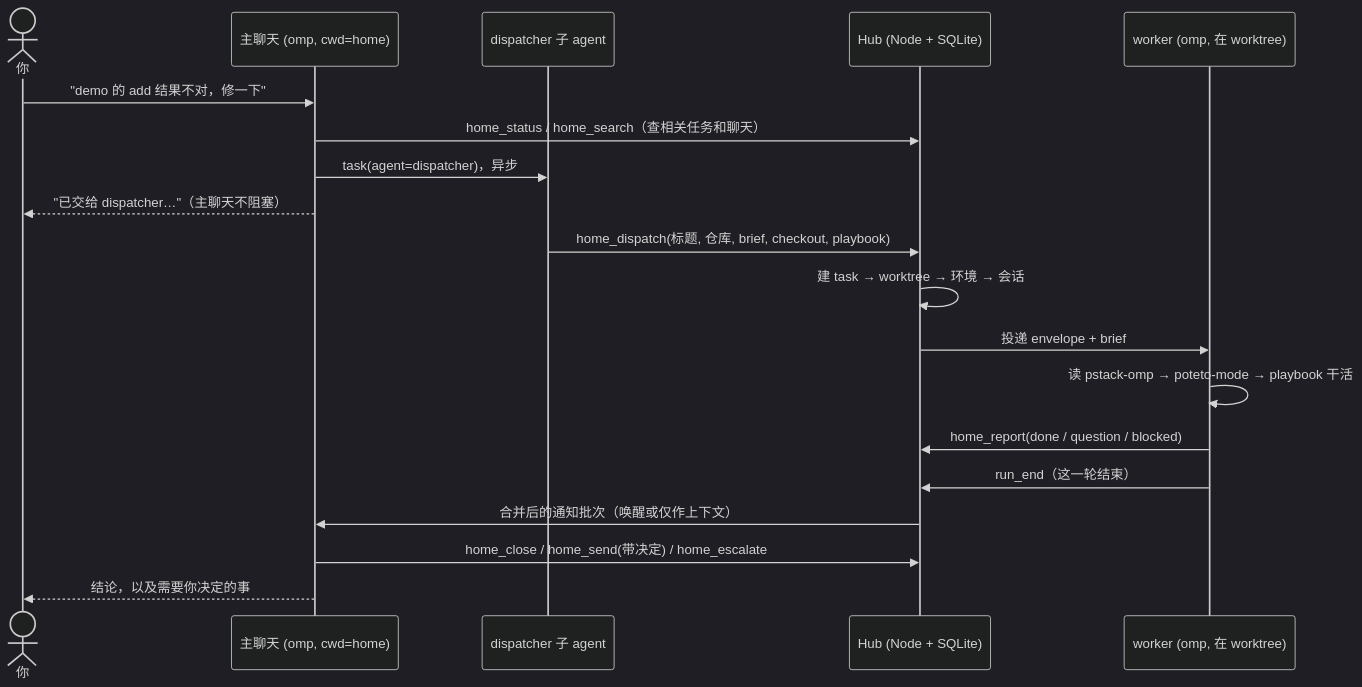
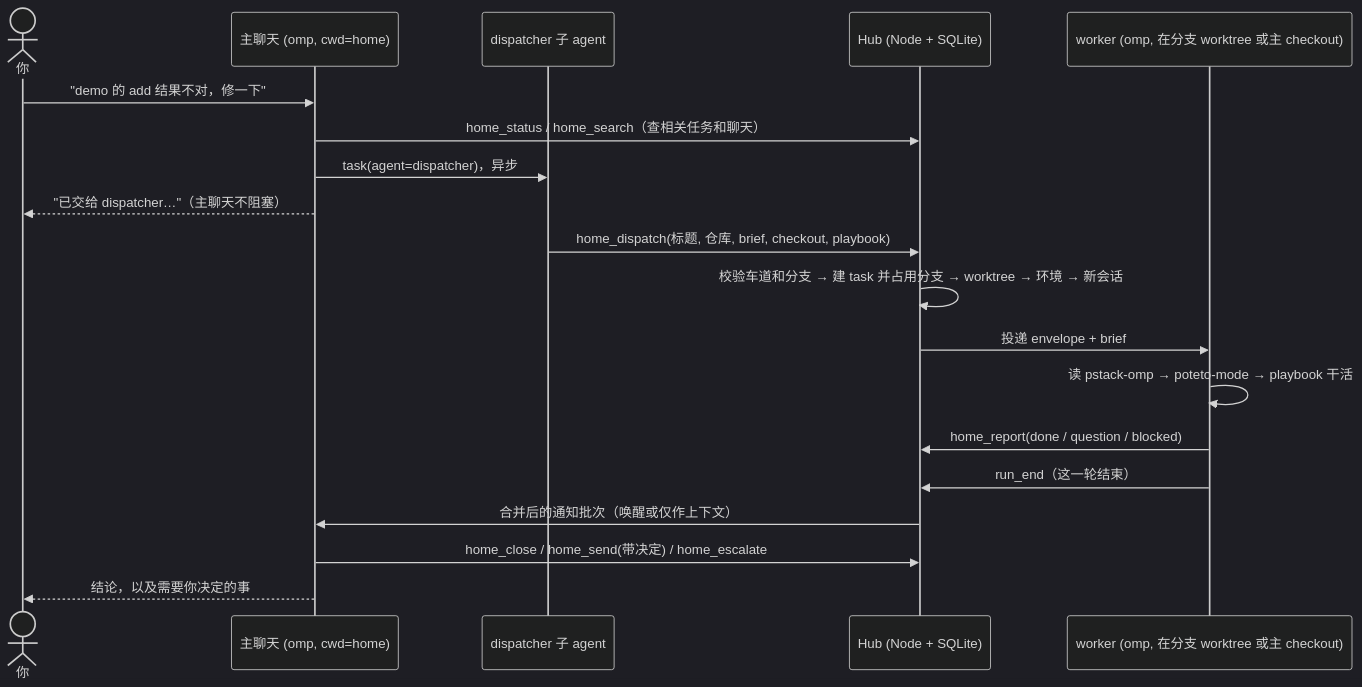
Before and after one commit to xianxianxianyu/omp-home: the first of 8 diagrams in docs/PIPELINES.md, drawn with Mermaid (dark theme). The commit also changed other lines of this file and 68 other files, not shown here.

Commit message:
Worktree lifecycle: branch and main-checkout lanes, git-derived phases, merge detection (ancestry, merge-tree, cherry), automatic CAS retirement of merged branches, one admission gate, branches UI, home template update card; v0.1.8

````diff
--- a/docs/PIPELINES.md
+++ b/docs/PIPELINES.md
@@ -9,21 +9,21 @@
 ```mermaid
 sequenceDiagram
   actor 你
   participant M as 主聊天 (omp, cwd=home)
   participant D as dispatcher 子 agent
   participant H as Hub (Node + SQLite)
-  participant W as worker (omp, 在 worktree)
+  participant W as worker (omp, 在分支 worktree 或主 checkout)
   你->>M: "demo 的 add 结果不对，修一下"
   M->>H: home_status / home_search（查相关任务和聊天）
   M->>D: task(agent=dispatcher)，异步
   M-->>你: "已交给 dispatcher…"（主聊天不阻塞）
   D->>H: home_dispatch(标题, 仓库, brief, checkout, playbook)
-  H->>H: 建 task → worktree → 环境 → 会话
+  H->>H: 校验车道和分支 → 建 task 并占用分支 → worktree → 环境 → 新会话
   H->>W: 投递 envelope + brief
   W->>W: 读 pstack-omp → poteto-mode → playbook 干活
   W->>H: home_report(done / question / blocked)
   W->>H: run_end（这一轮结束）
   H->>M: 合并后的通知批次（唤醒或仅作上下文）
   M->>H: home_close / home_send(带决定) / home_escalate
   M-->>你: 结论，以及需要你决定的事
 ```
````
